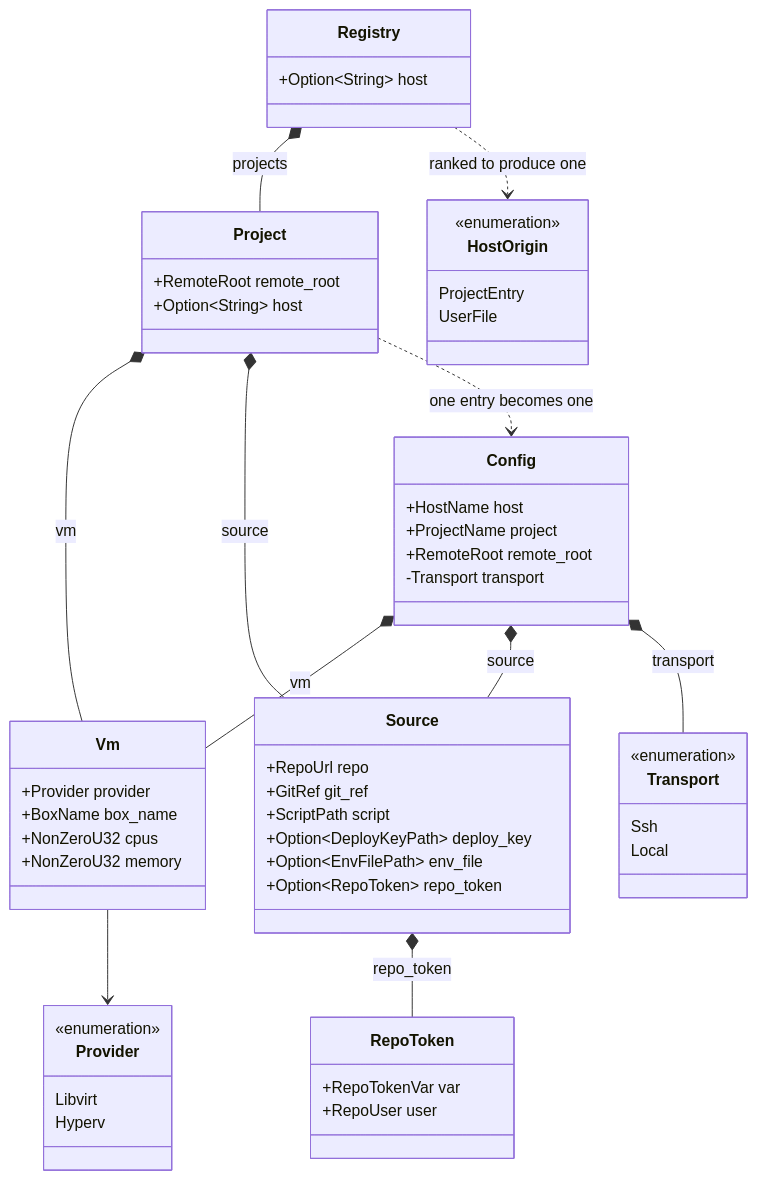
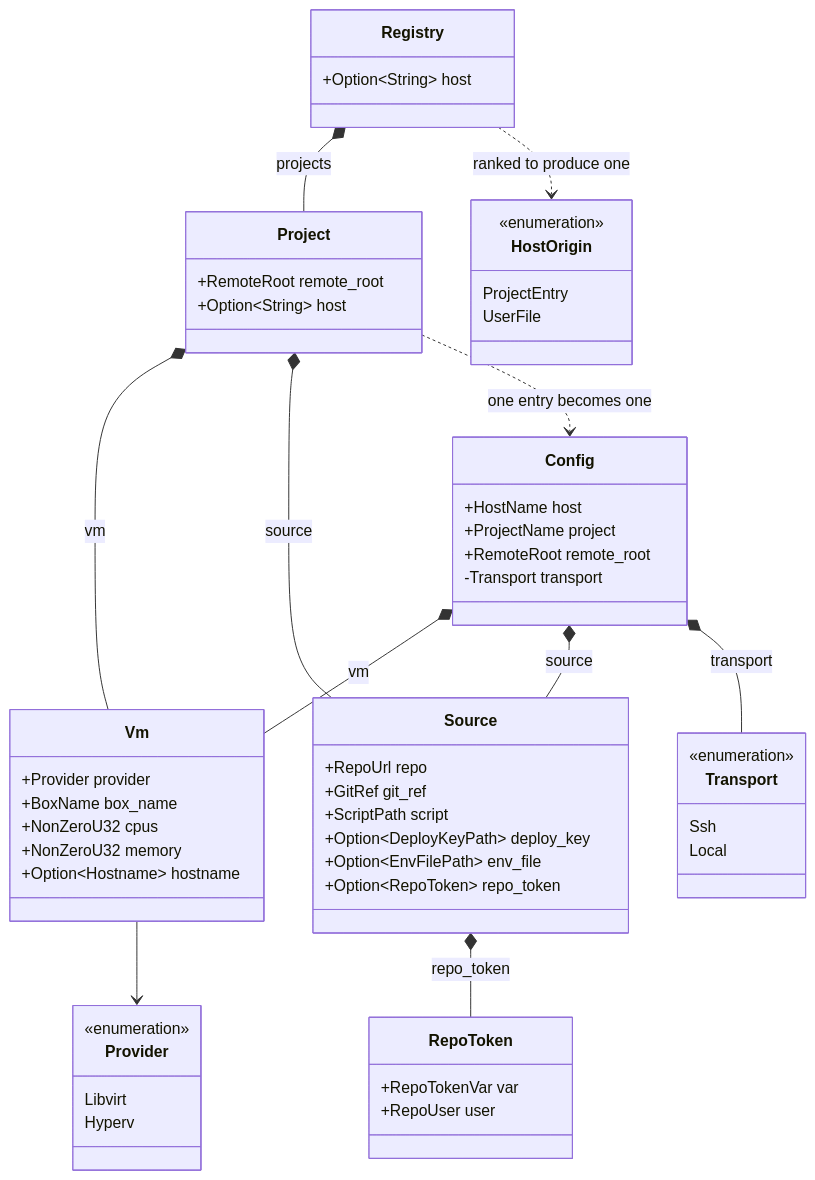
The third of 6 diagrams in docs/architecture.md (breki/bombyx), drawn with Mermaid before and after one commit. The commit also changed 5 other files, not shown here.

````diff
--- a/docs/architecture.md
+++ b/docs/architecture.md
@@ -145,60 +145,61 @@
 ```mermaid
 classDiagram
   class Config {
     +HostName host
     +ProjectName project
     +RemoteRoot remote_root
     -Transport transport
   }
   class Vm {
     +Provider provider
     +BoxName box_name
     +NonZeroU32 cpus
     +NonZeroU32 memory
+    +Option~Hostname~ hostname
   }
   class Source {
     +RepoUrl repo
     +GitRef git_ref
     +ScriptPath script
     +Option~DeployKeyPath~ deploy_key
     +Option~EnvFilePath~ env_file
     +Option~RepoToken~ repo_token
   }
   class RepoToken {
     +RepoTokenVar var
     +RepoUser user
   }
   class Provider {
     <<enumeration>>
     Libvirt
     Hyperv
   }
   class Registry {
     +Option~String~ host
   }
   class Project {
     +RemoteRoot remote_root
     +Option~String~ host
   }
   class HostOrigin {
     <<enumeration>>
     ProjectEntry
     UserFile
   }
   class Transport {
     <<enumeration>>
     Ssh
     Local
   }
 
   Config *-- Vm : vm
   Config *-- Source : source
   Config *-- Transport : transport
   Registry *-- Project : projects
   Project *-- Vm : vm
   Project *-- Source : source
   Project ..> Config : one entry becomes one
   Vm --> Provider
   Source *-- RepoToken : repo_token
   Registry ..> HostOrigin : ranked to produce one
 ```
````
